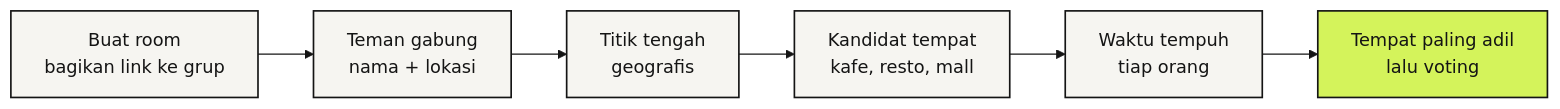
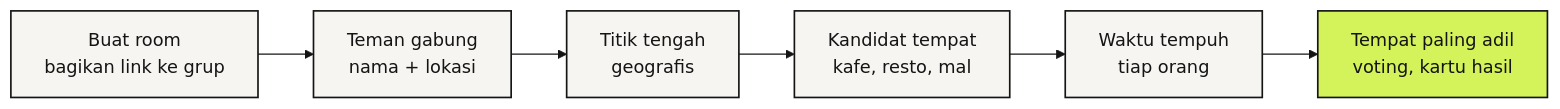
Before and after one commit to HaikalFaruq/tikoem: the diagram in README.md, drawn with Mermaid. The commit also changed other lines of this file and 5 other files, not shown here.

````diff
--- a/README.md
+++ b/README.md
@@ -33,14 +60,14 @@
 ```mermaid
 %%{init: {"theme":"base","themeVariables":{"fontFamily":"ui-sans-serif, system-ui","primaryTextColor":"#141414","lineColor":"#141414"},"flowchart":{"curve":"basis"}}}%%
 flowchart LR
     A["Buat room<br/>bagikan link ke grup"] --> B["Teman gabung<br/>nama + lokasi"]
     B --> C["Titik tengah<br/>geografis"]
-    C --> D["Kandidat tempat<br/>kafe, resto, mall"]
+    C --> D["Kandidat tempat<br/>kafe, resto, mal"]
     D --> E["Waktu tempuh<br/>tiap orang"]
-    E --> F["Tempat paling adil<br/>lalu voting"]
+    E --> F["Tempat paling adil<br/>voting, kartu hasil"]
 
     classDef langkah fill:#F6F5F1,stroke:#141414,color:#141414,stroke-width:1.5px;
     classDef akhir fill:#D4F35B,stroke:#141414,color:#141414,stroke-width:1.5px;
     class A,B,C,D,E langkah;
     class F akhir;
 ```
````
